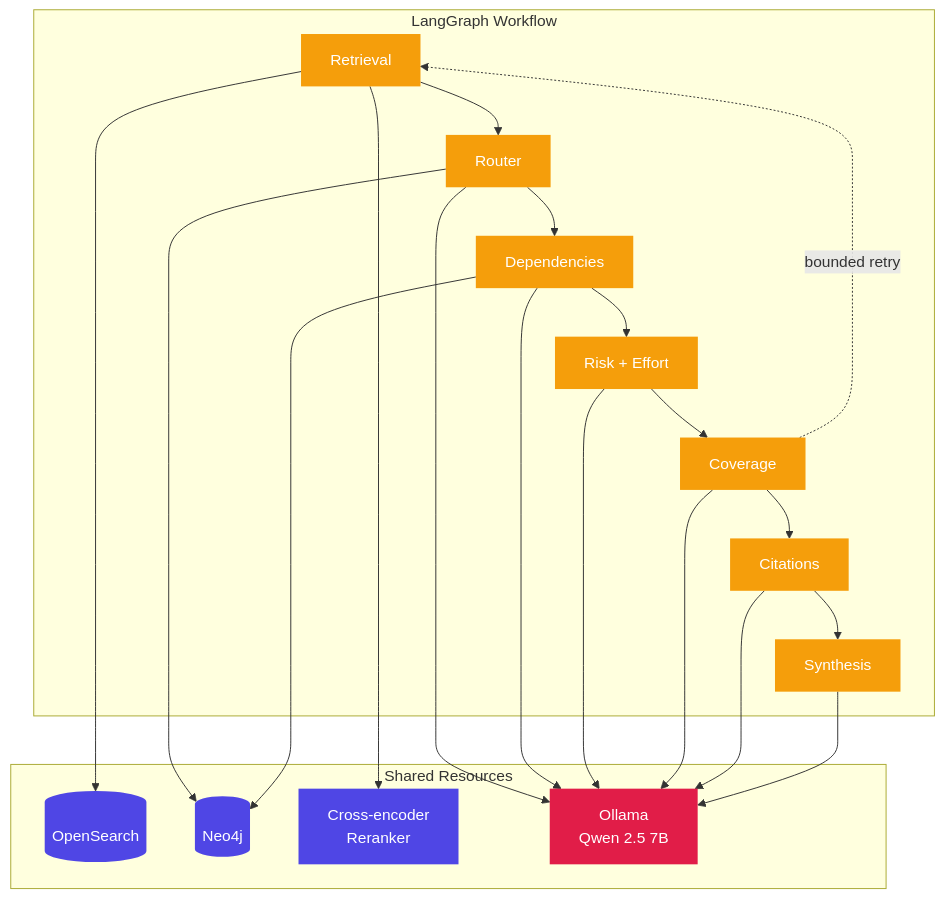
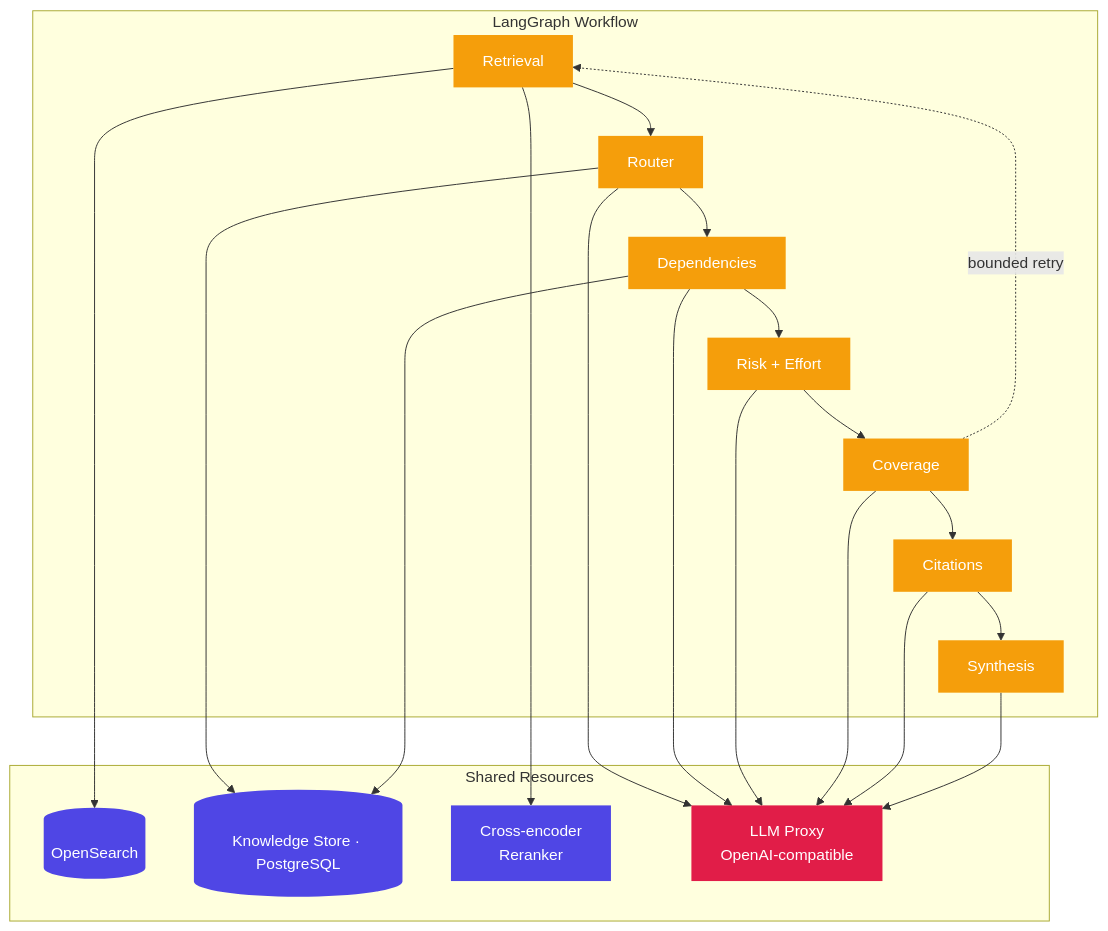
Before and after one commit to gurungabit/prism: the second of 4 diagrams in docs/agents.md, drawn with Mermaid. The commit also changed other lines of this file and 261 other files, not shown here.

````diff
--- a/docs/agents.md
+++ b/docs/agents.md
@@ -26,41 +26,41 @@
 ```mermaid
 graph TB
     subgraph FLOW["LangGraph Workflow"]
         R["Retrieval"]
         RT["Router"]
         D["Dependencies"]
         RE["Risk + Effort"]
         C["Coverage"]
         CI["Citations"]
         S["Synthesis"]
     end
 
     subgraph SHARED["Shared Resources"]
         OS[(OpenSearch)]
-        N4J[(Neo4j)]
+        N4J[(Knowledge Store · PostgreSQL)]
         RRK["Cross-encoder<br/>Reranker"]
-        LLM["Ollama<br/>Qwen 2.5 7B"]
+        LLM["LLM Proxy<br/>OpenAI-compatible"]
     end
 
     R --> RT --> D --> RE --> C --> CI --> S
     C -. bounded retry .-> R
 
     R --> OS
     R --> RRK
     RT --> N4J
     RT --> LLM
     D --> N4J
     D --> LLM
     RE --> LLM
     C --> LLM
     CI --> LLM
     S --> LLM
 
     classDef flow fill:#f59e0b,color:#fff,stroke:none;
     classDef store fill:#4f46e5,color:#fff,stroke:none;
     classDef ai fill:#e11d48,color:#fff,stroke:none;
 
     class R,RT,D,RE,C,CI,S flow;
     class OS,N4J,RRK store;
     class LLM ai;
 ```
````
